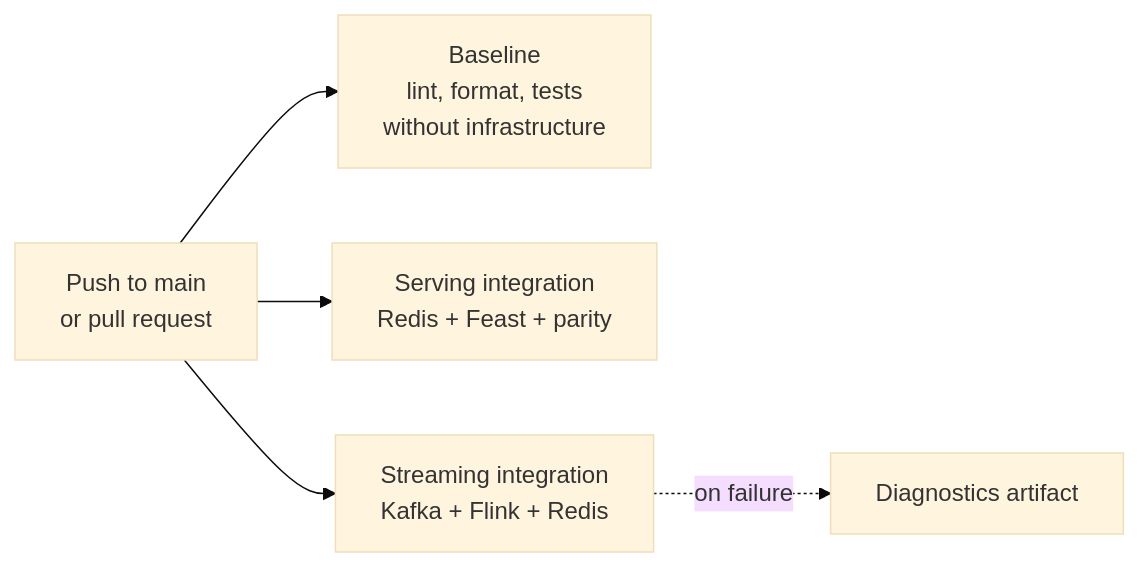
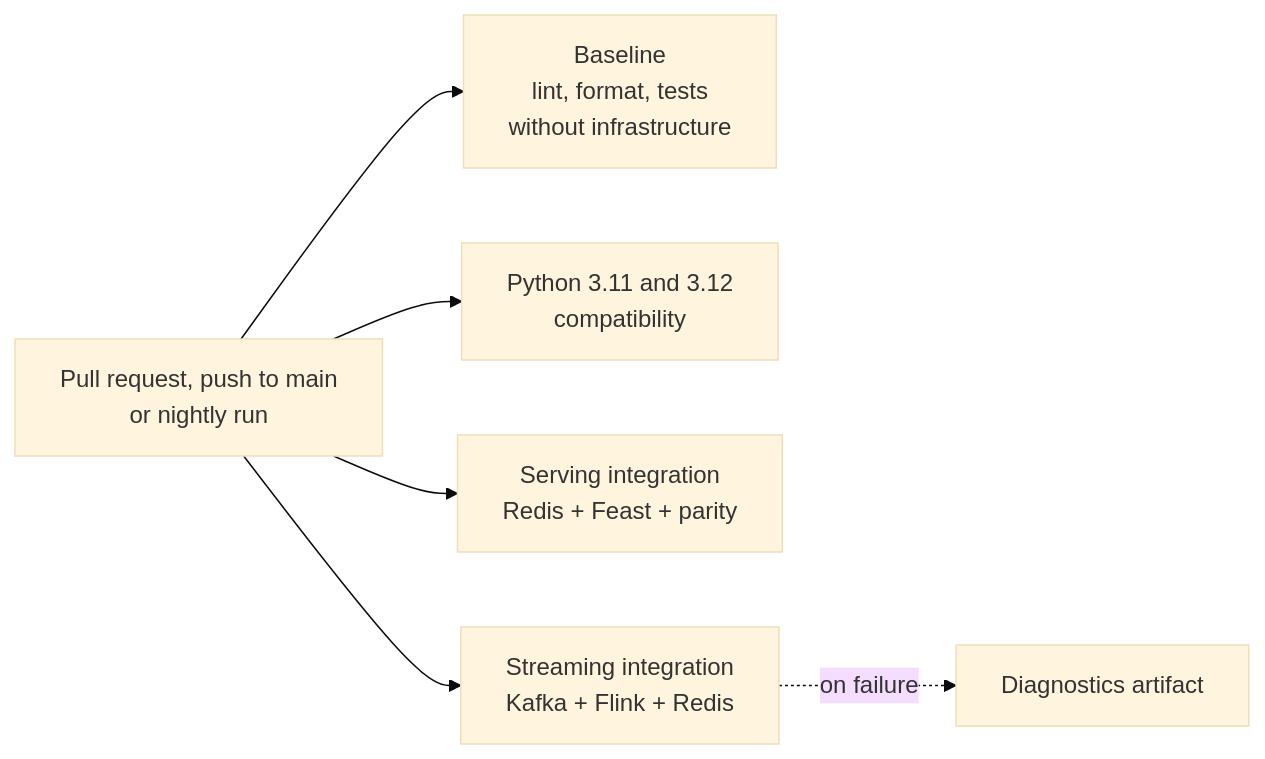
The seventh of 8 diagrams in ARCHITECTURE.md (oster-dev/featureforge), drawn with Mermaid (base theme) before and after one commit. The commit also changed other lines of this file and 4 other files, not shown here.

Commit message:
docs: update README, ARCHITECTURE, CONTRIBUTING, blueprint and demo with the spec engine

````diff
--- a/ARCHITECTURE.md
+++ b/ARCHITECTURE.md
@@ -183,7 +231,8 @@
 ```mermaid
 flowchart LR
-    PUSH[Push to main<br/>or pull request] --> B[Baseline<br/>lint, format, tests<br/>without infrastructure]
+    PUSH[Pull request, push to main<br/>or nightly run] --> B[Baseline<br/>lint, format, tests<br/>without infrastructure]
+    PUSH --> C[Python 3.11 and 3.12<br/>compatibility]
     PUSH --> S[Serving integration<br/>Redis + Feast + parity]
     PUSH --> F[Streaming integration<br/>Kafka + Flink + Redis]
     F -.->|on failure| ART[Diagnostics artifact]
 ```
````
